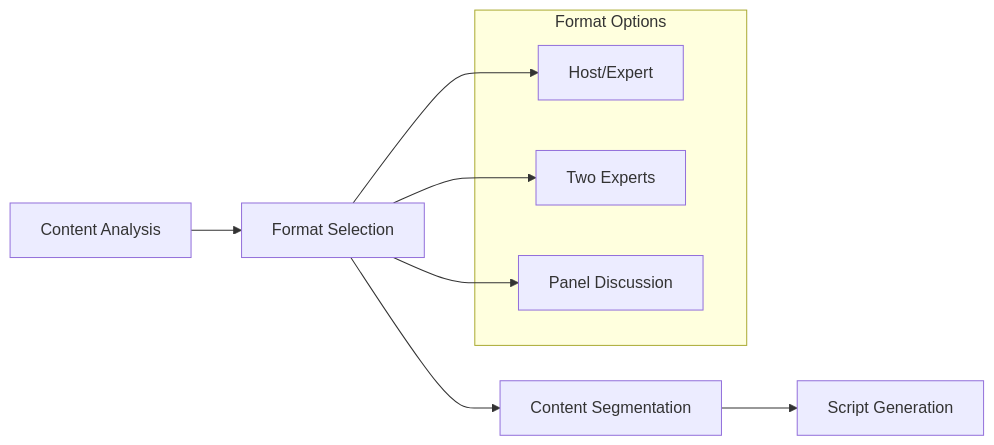
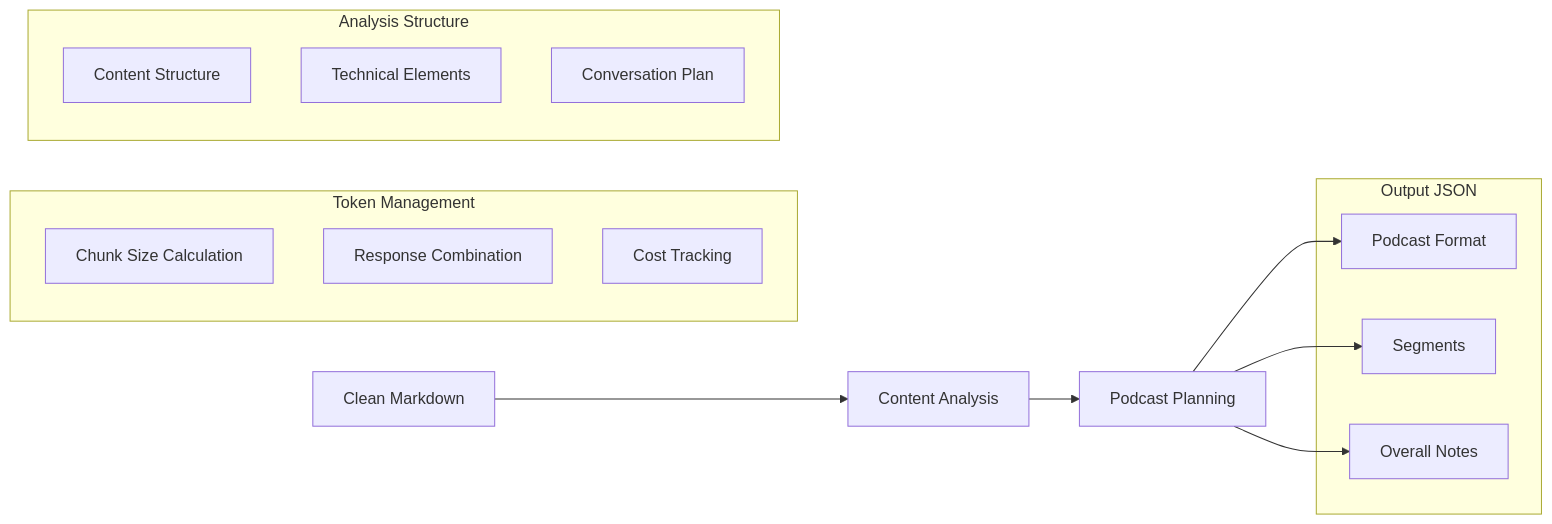
Before and after one commit to MarkAC007/text2pod: the second of 3 diagrams in masterplan.md, drawn with Mermaid. The commit also changed other lines of this file and 21 other files, not shown here.

````diff
--- a/masterplan.md
+++ b/masterplan.md
@@ -73,16 +86,27 @@
 ```mermaid
 flowchart LR
-    A[Content Analysis] --> B[Format Selection]
-    B --> C[Content Segmentation]
-    C --> D[Script Generation]
+    A[Clean Markdown] --> B[Content Analysis]
+    B --> C[Podcast Planning]
     
-    subgraph Format Options
-        E[Host/Expert]
-        F[Two Experts]
-        G[Panel Discussion]
+    subgraph Token Management
+        TM1[Chunk Size Calculation]
+        TM2[Response Combination]
+        TM3[Cost Tracking]
     end
     
-    B --> E
-    B --> F
-    B --> G
+    subgraph Analysis Structure
+        PS1[Content Structure]
+        PS2[Technical Elements]
+        PS3[Conversation Plan]
+    end
+    
+    subgraph Output JSON
+        J1[Podcast Format]
+        J2[Segments]
+        J3[Overall Notes]
+    end
+    
+    C --> J1
+    C --> J2
+    C --> J3
 ```
````
